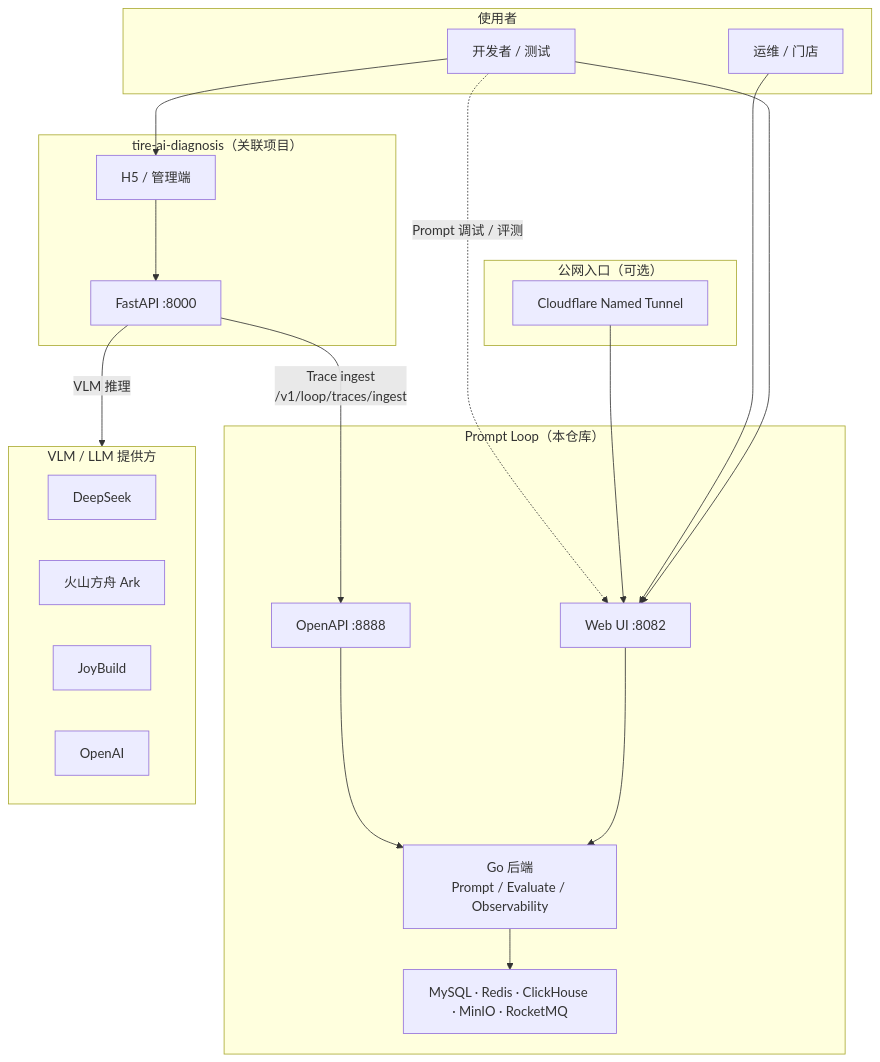
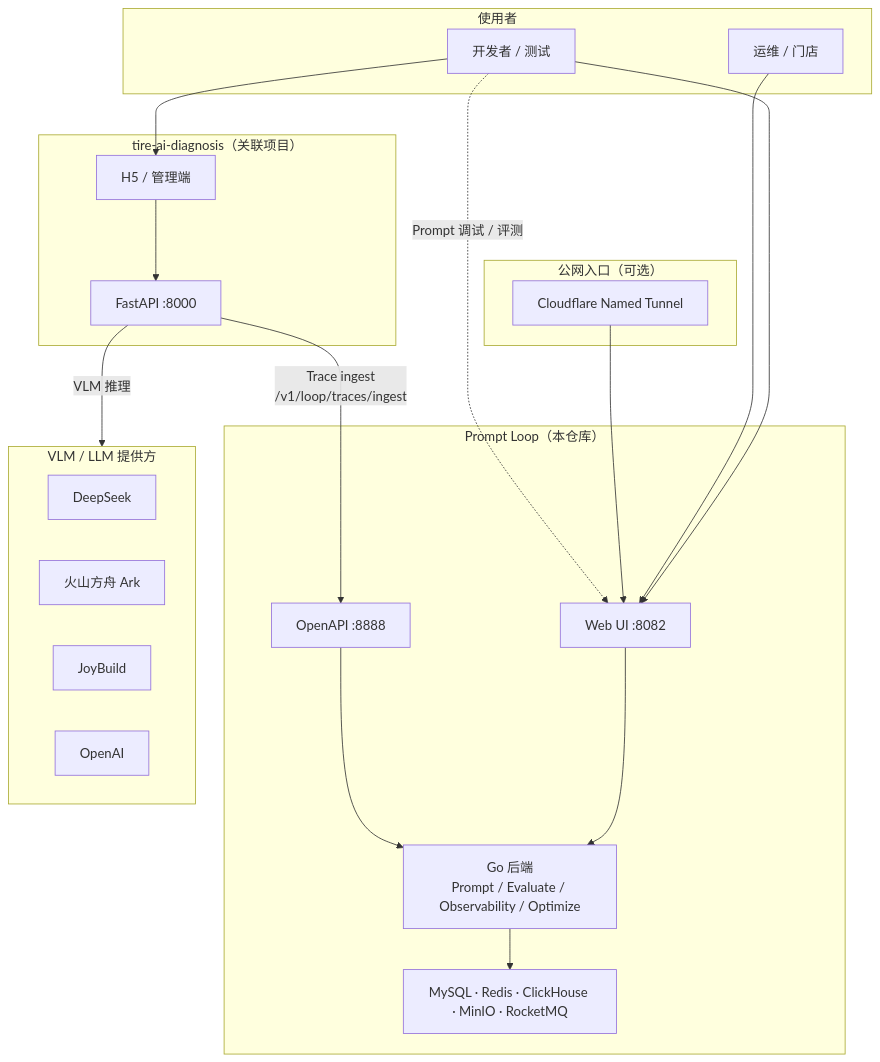
The first of 6 diagrams in docs/prompt-loop/architecture.md (ClaireWong86/Draft-Design), drawn with Mermaid before and after one commit. The commit also changed other lines of this file and 34 other files, not shown here.

````diff
--- a/docs/prompt-loop/architecture.md
+++ b/docs/prompt-loop/architecture.md
@@ -11,44 +11,44 @@
 ```mermaid
 flowchart TB
     subgraph Users["使用者"]
         Dev["开发者 / 测试"]
         Ops["运维 / 门店"]
     end
 
     subgraph PromptLoop["Prompt Loop（本仓库）"]
         Web["Web UI :8082"]
         OpenAPI["OpenAPI :8888"]
-        Backend["Go 后端\nPrompt / Evaluate / Observability"]
+        Backend["Go 后端\nPrompt / Evaluate / Observability / Optimize"]
         Data["MySQL · Redis · ClickHouse · MinIO · RocketMQ"]
         Web --> Backend
         OpenAPI --> Backend
         Backend --> Data
     end
 
     subgraph TireApp["tire-ai-diagnosis（关联项目）"]
         TireUI["H5 / 管理端"]
         TireAPI["FastAPI :8000"]
         TireUI --> TireAPI
     end
 
     subgraph Models["VLM / LLM 提供方"]
         DeepSeek["DeepSeek"]
         Ark["火山方舟 Ark"]
         JoyBuild["JoyBuild"]
         OpenAI["OpenAI"]
     end
 
     subgraph Edge["公网入口（可选）"]
         CF["Cloudflare Named Tunnel"]
     end
 
     Dev --> Web
     Dev --> TireUI
     Ops --> Web
 
     TireAPI -->|"VLM 推理"| Models
     TireAPI -->|"Trace ingest\n/v1/loop/traces/ingest"| OpenAPI
 
     CF --> Web
     Dev -.->|"Prompt 调试 / 评测"| Web
 ```
````
